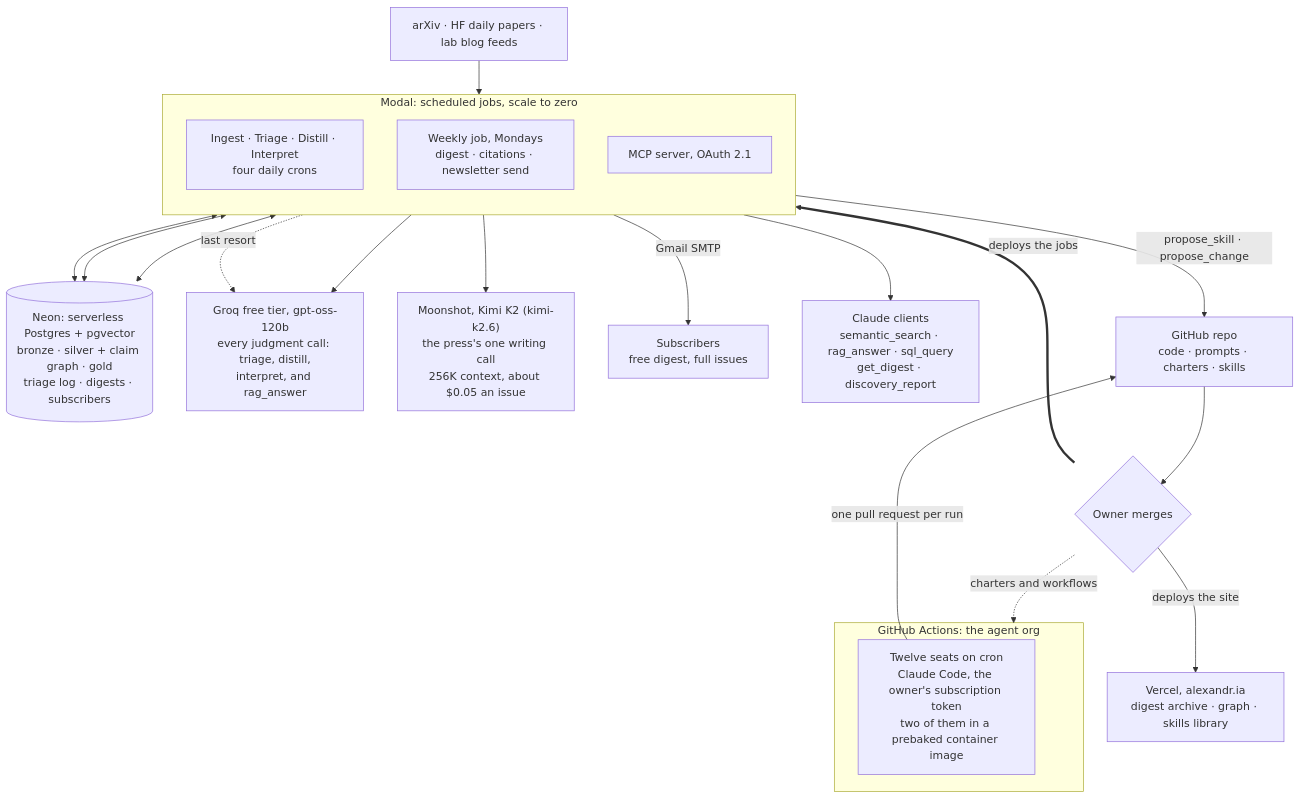
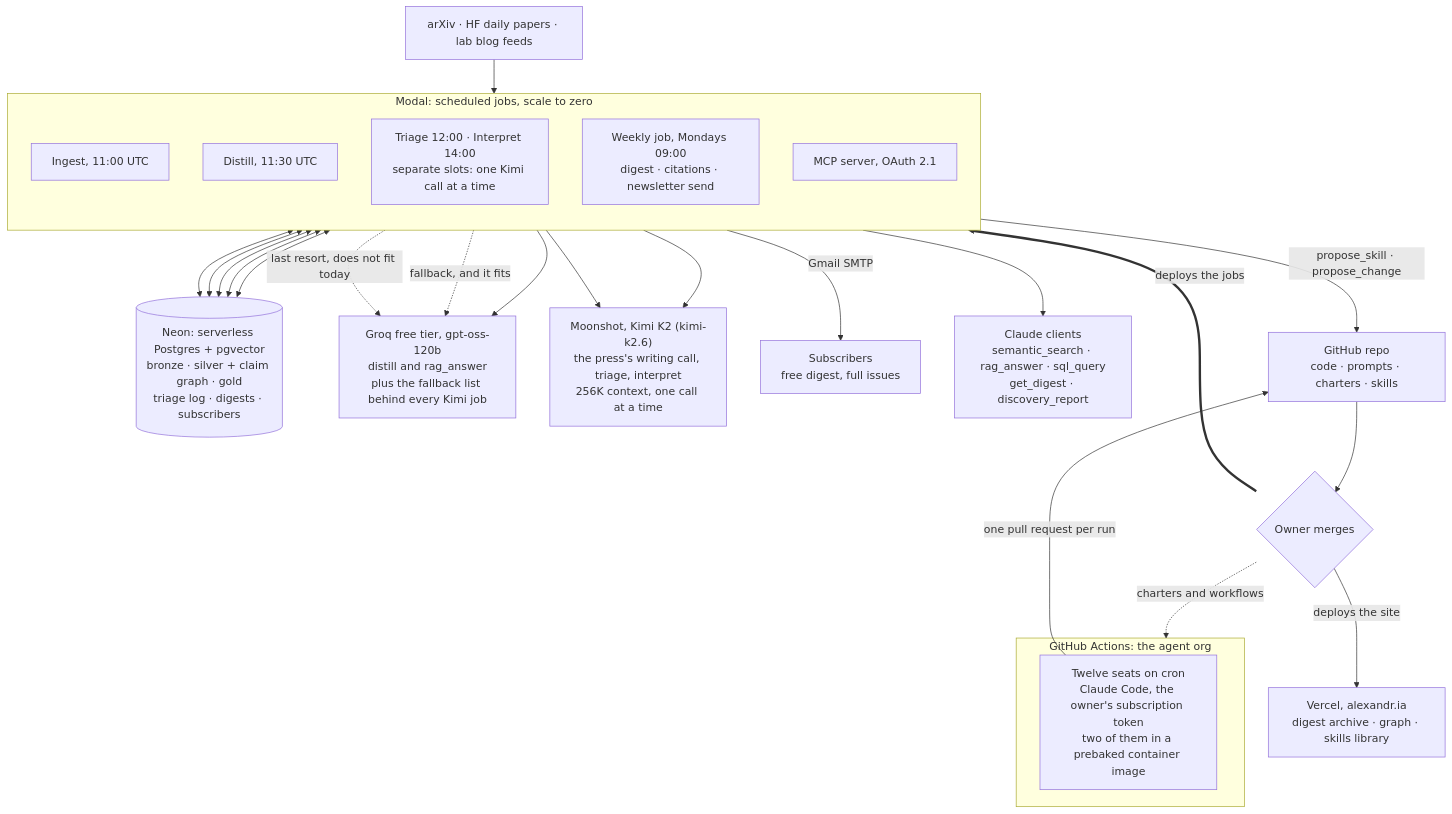
Before and after one commit to alexandrapaiz/alexandria: the second of 2 diagrams in README.md, drawn with Mermaid. The commit also changed other lines of this file and 1 other file, not shown here.

Commit message:
The change is dormant until the chair deploys it, and the README says so

````diff
--- a/README.md
+++ b/README.md
@@ -150,34 +150,40 @@
 ```mermaid
 flowchart TB
     FEEDS["arXiv · HF daily papers · lab blog feeds"]
     NEON[("Neon: serverless Postgres + pgvector<br/>bronze · silver + claim graph · gold<br/>triage log · digests · subscribers")]
-    GROQ["Groq free tier, gpt-oss-120b<br/>every judgment call: triage, distill,<br/>interpret, and rag_answer"]
-    KIMI["Moonshot, Kimi K2 (kimi-k2.6)<br/>the press's one writing call<br/>256K context, about $0.05 an issue"]
+    GROQ["Groq free tier, gpt-oss-120b<br/>distill and rag_answer<br/>plus the fallback list behind every Kimi job"]
+    KIMI["Moonshot, Kimi K2 (kimi-k2.6)<br/>the press's writing call, triage, interpret<br/>256K context, one call at a time"]
 
     subgraph MODAL["Modal: scheduled jobs, scale to zero"]
         direction TB
-        DAILY["Ingest · Triage · Distill · Interpret<br/>four daily crons"]
-        WK2["Weekly job, Mondays<br/>digest · citations · newsletter send"]
+        INGEST["Ingest, 11:00 UTC"]
+        DISTILL["Distill, 11:30 UTC"]
+        DAILY["Triage 12:00 · Interpret 14:00<br/>separate slots: one Kimi call at a time"]
+        WK2["Weekly job, Mondays 09:00<br/>digest · citations · newsletter send"]
         MCP2["MCP server, OAuth 2.1"]
     end
 
     subgraph GHA["GitHub Actions: the agent org"]
         SEATS["Twelve seats on cron<br/>Claude Code, the owner's subscription token<br/>two of them in a prebaked container image"]
     end
 
-    FEEDS --> DAILY
+    FEEDS --> INGEST
+    INGEST <--> NEON
+    DISTILL <--> NEON
     DAILY <--> NEON
     WK2 <--> NEON
     MCP2 <--> NEON
-    DAILY --> GROQ
+    DISTILL --> GROQ
+    DAILY --> KIMI
+    DAILY -.->|"fallback, and it fits"| GROQ
     WK2 --> KIMI
-    WK2 -.->|"last resort"| GROQ
+    WK2 -.->|"last resort, does not fit today"| GROQ
     WK2 -->|"Gmail SMTP"| SUBS["Subscribers<br/>free digest, full issues"]
     MCP2 --> CLIENTS["Claude clients<br/>semantic_search · rag_answer · sql_query<br/>get_digest · discovery_report"]
     MCP2 -->|"propose_skill · propose_change"| GH
     SEATS -->|"one pull request per run"| GH["GitHub repo<br/>code · prompts · charters · skills"]
     GH --> OWNER{"Owner merges"}
     OWNER ==>|"deploys the jobs"| MODAL
     OWNER -->|"deploys the site"| SITE["Vercel, alexandr.ia<br/>digest archive · graph · skills library"]
     OWNER -.->|"charters and workflows"| GHA
 ```
````
